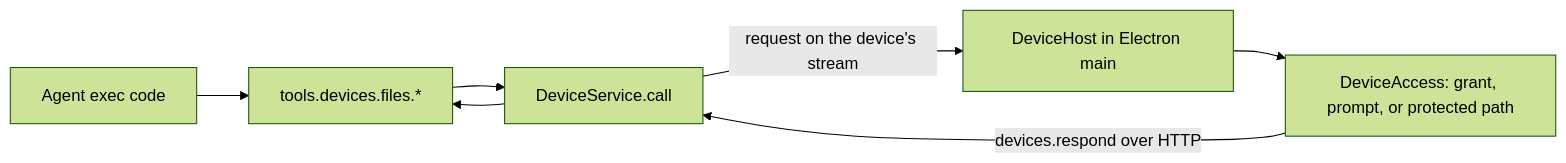
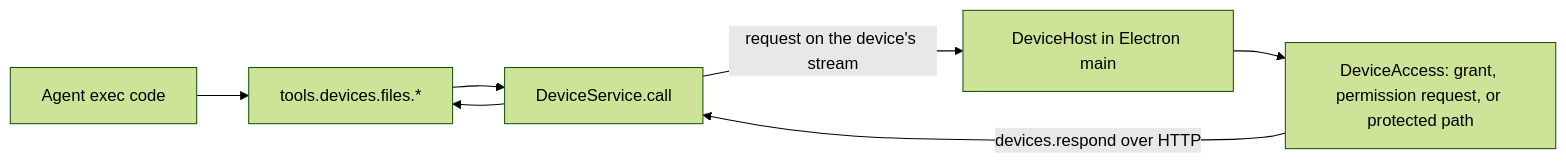
The diagram in specs/local-devices.md (cashew-labs/halo), drawn with Mermaid (forest theme) before and after one commit. The commit also changed other lines of this file and 26 other files, not shown here.

First line of the commit message:
Ask for device access with cards in the chat

````diff
--- a/specs/local-devices.md
+++ b/specs/local-devices.md
@@ -9,9 +9,9 @@
 ```mermaid
 flowchart LR
     A[Agent exec code] --> B[tools.devices.files.*]
     B --> C[DeviceService.call]
     C -->|request on the device's stream| D[DeviceHost in Electron main]
-    D --> E[DeviceAccess: grant, prompt, or protected path]
+    D --> E[DeviceAccess: grant, permission request, or protected path]
     E -->|devices.respond over HTTP| C
     C --> B
 ```
````
